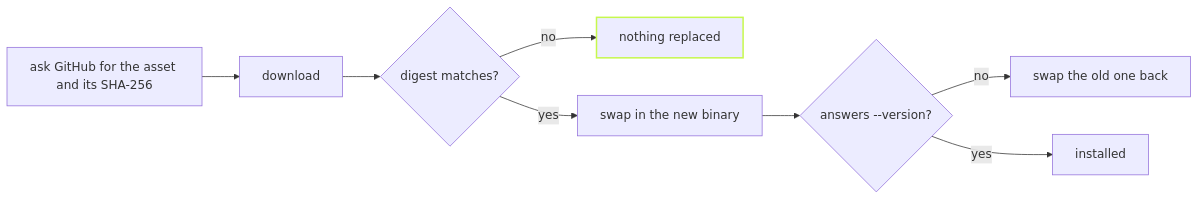
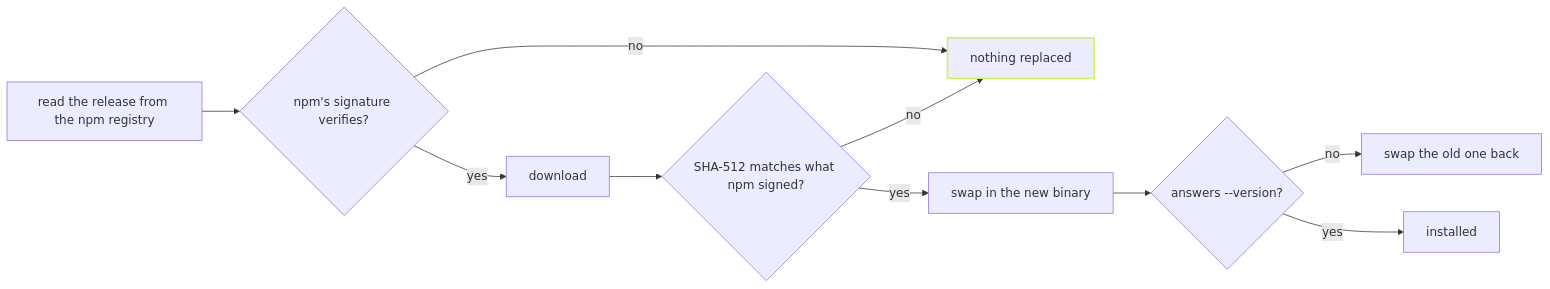
One commit to vznjs/vx changed the diagram in packages/vx-docs/src/content/docs/blog/upgrade-you-can-trust.md. Above: the diagram before and after it, drawn with Mermaid. The commit also changed other lines of this file and 12 other files, not shown here.

First line of the commit message:
feat(cli): verify vx upgrade by npm's signature; upgrade npm installs (#3453)

````diff
--- a/packages/vx-docs/src/content/docs/blog/upgrade-you-can-trust.md
+++ b/packages/vx-docs/src/content/docs/blog/upgrade-you-can-trust.md
@@ -16,11 +16,13 @@
 ```mermaid
 flowchart LR
-  A[ask GitHub for the asset and its SHA-256] --> D[download]
-  D --> C{digest matches?}
-  C -->|no| N[nothing replaced]
+  A[read the release from the npm registry] --> G{npm's signature verifies?}
+  G -->|no| N[nothing replaced]
+  G -->|yes| D[download]
+  D --> C{SHA-512 matches what npm signed?}
+  C -->|no| N
   C -->|yes| S[swap in the new binary]
   S --> V{answers --version?}
   V -->|no| B[swap the old one back]
   V -->|yes| OK[installed]
   style N stroke:#c6f84e,stroke-width:2px
 ```
````
